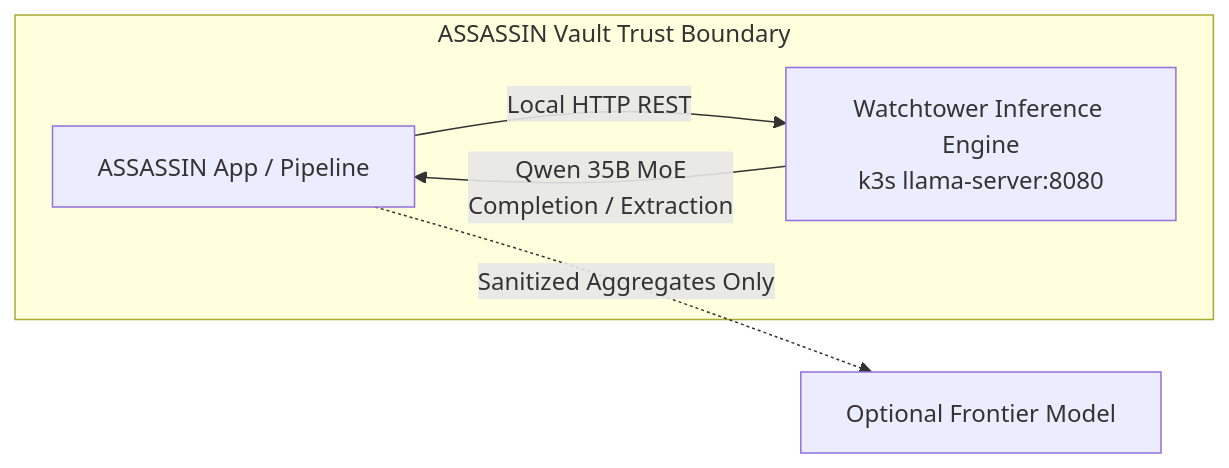
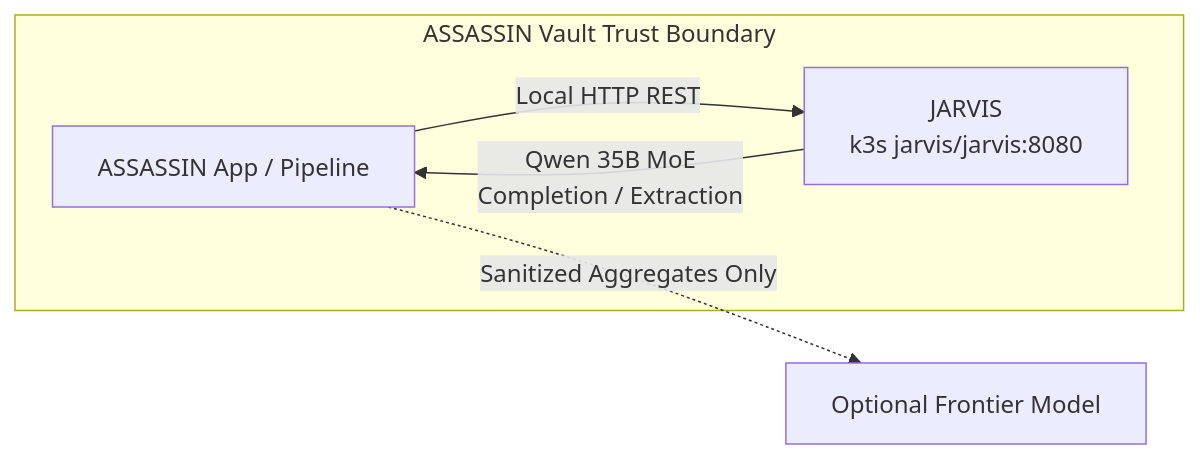
The diagram in docs/specs/pitch_watchtower_inference.md (bstruong/assassin), drawn with Mermaid before and after one commit. The commit also changed other lines of this file and 4 other files, not shown here.

First line of the commit message:
docs(inference): point Vault client at JARVIS contract

````diff
--- a/docs/specs/pitch_watchtower_inference.md
+++ b/docs/specs/pitch_watchtower_inference.md
@@ -20,8 +20,8 @@
 ```mermaid
 flowchart LR
   subgraph "ASSASSIN Vault Trust Boundary"
-    A[ASSASSIN App / Pipeline] -->|Local HTTP REST| B[Watchtower Inference Engine\nk3s llama-server:8080]
+    A[ASSASSIN App / Pipeline] -->|Local HTTP REST| B[JARVIS\nk3s jarvis/jarvis:8080]
     B -->|Qwen 35B MoE\nCompletion / Extraction| A
   end
   A -.->|Sanitized Aggregates Only| C[Optional Frontier Model]
 ```
````
